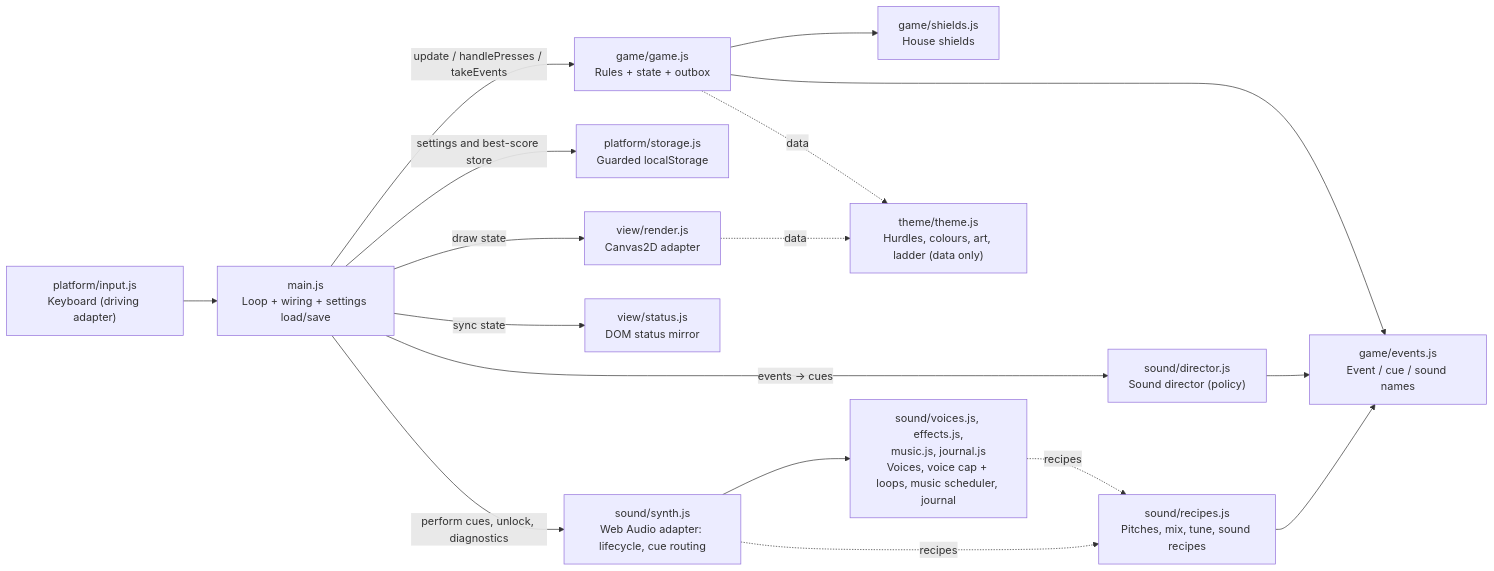
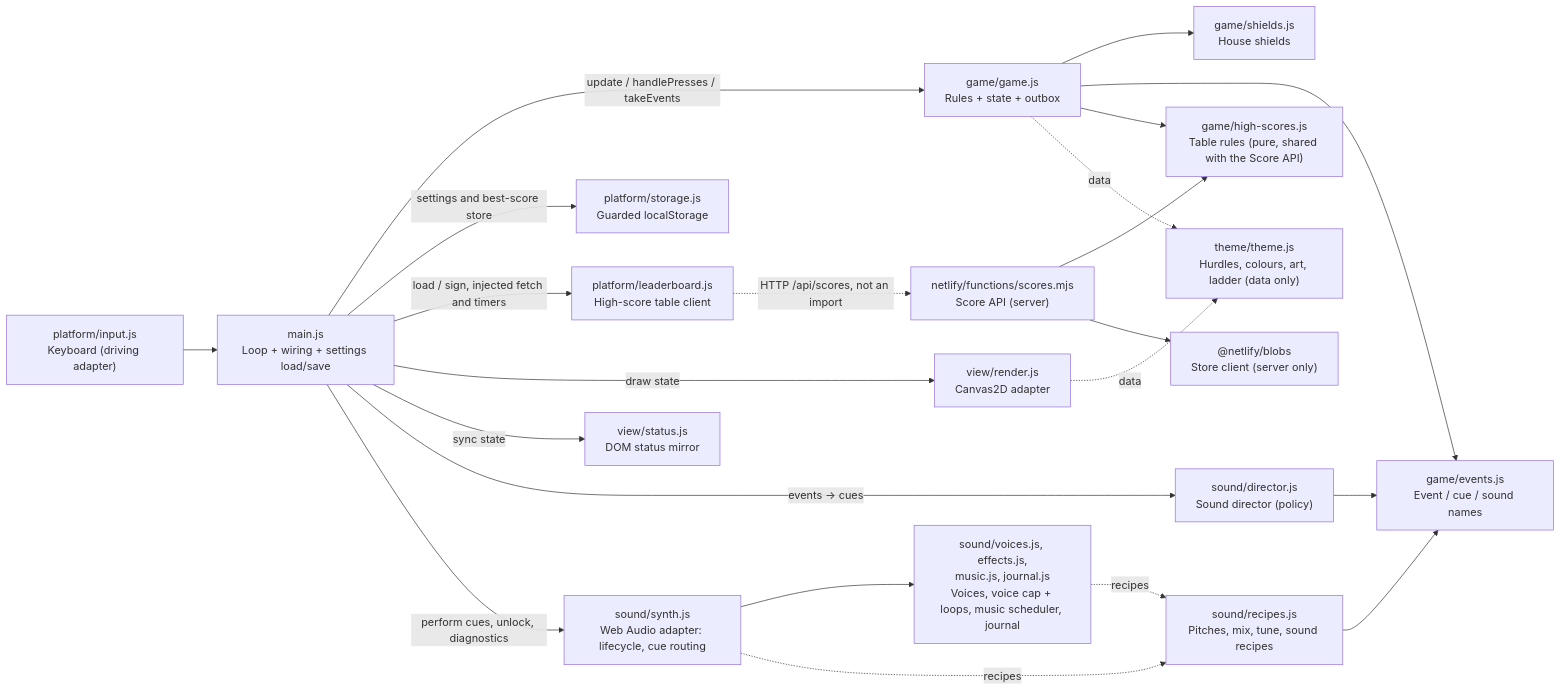
Before and after one commit to lagom1985/rightmove-space-invaders: the third of 3 diagrams in docs/product/architecture/brief.md, drawn with Mermaid. The commit also changed other lines of this file and 9 other files, not shown here.

````diff
--- a/docs/product/architecture/brief.md
+++ b/docs/product/architecture/brief.md
@@ -56,19 +80,24 @@
 ```mermaid
 flowchart LR
   kb["platform/input.js<br/>Keyboard (driving adapter)"] --> main
   main["main.js<br/>Loop + wiring + settings load/save"] -->|update / handlePresses / takeEvents| game["game/game.js<br/>Rules + state + outbox"]
   game --> shields["game/shields.js<br/>House shields"]
   game --> events["game/events.js<br/>Event / cue / sound names"]
+  game --> rules["game/high-scores.js<br/>Table rules (pure, shared with the Score API)"]
   game -. data .-> theme["theme/theme.js<br/>Hurdles, colours, art, ladder (data only)"]
   main -->|settings and best-score store| storage["platform/storage.js<br/>Guarded localStorage"]
+  main -->|load / sign, injected fetch and timers| lb["platform/leaderboard.js<br/>High-score table client"]
+  lb -.->|"HTTP /api/scores, not an import"| api["netlify/functions/scores.mjs<br/>Score API (server)"]
+  api --> rules
+  api --> blobsLib["@netlify/blobs<br/>Store client (server only)"]
   main -->|draw state| render["view/render.js<br/>Canvas2D adapter"]
   main -->|sync state| status["view/status.js<br/>DOM status mirror"]
   main -->|events → cues| director["sound/director.js<br/>Sound director (policy)"]
   director --> events
   main -->|perform cues, unlock, diagnostics| synth["sound/synth.js<br/>Web Audio adapter: lifecycle, cue routing"]
   synth --> synthParts["sound/voices.js, effects.js,<br/>music.js, journal.js<br/>Voices, voice cap + loops, music scheduler, journal"]
   synth -. recipes .-> recipes["sound/recipes.js<br/>Pitches, mix, tune, sound recipes"]
   synthParts -. recipes .-> recipes
   recipes --> events
   render -. data .-> theme
 ```
````
